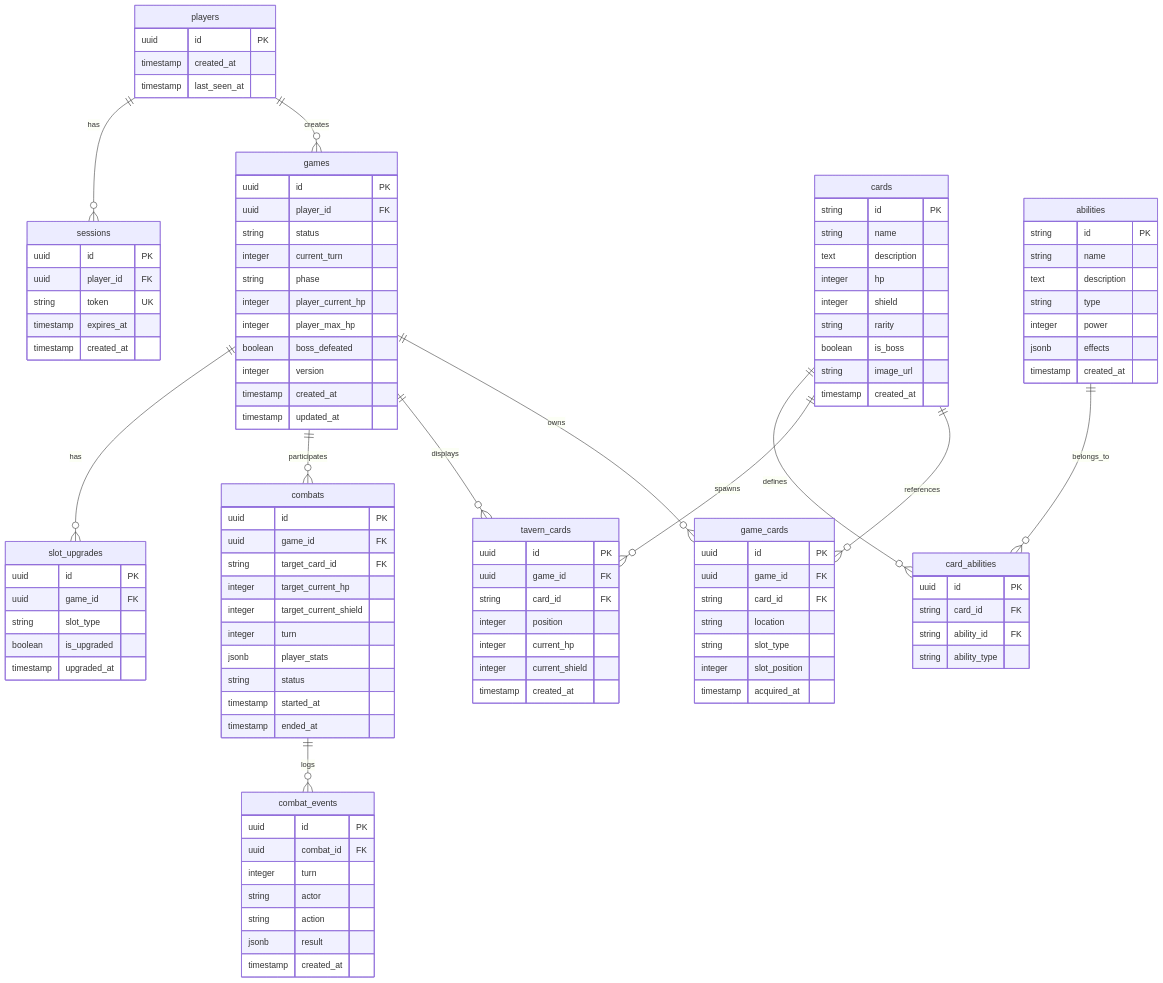
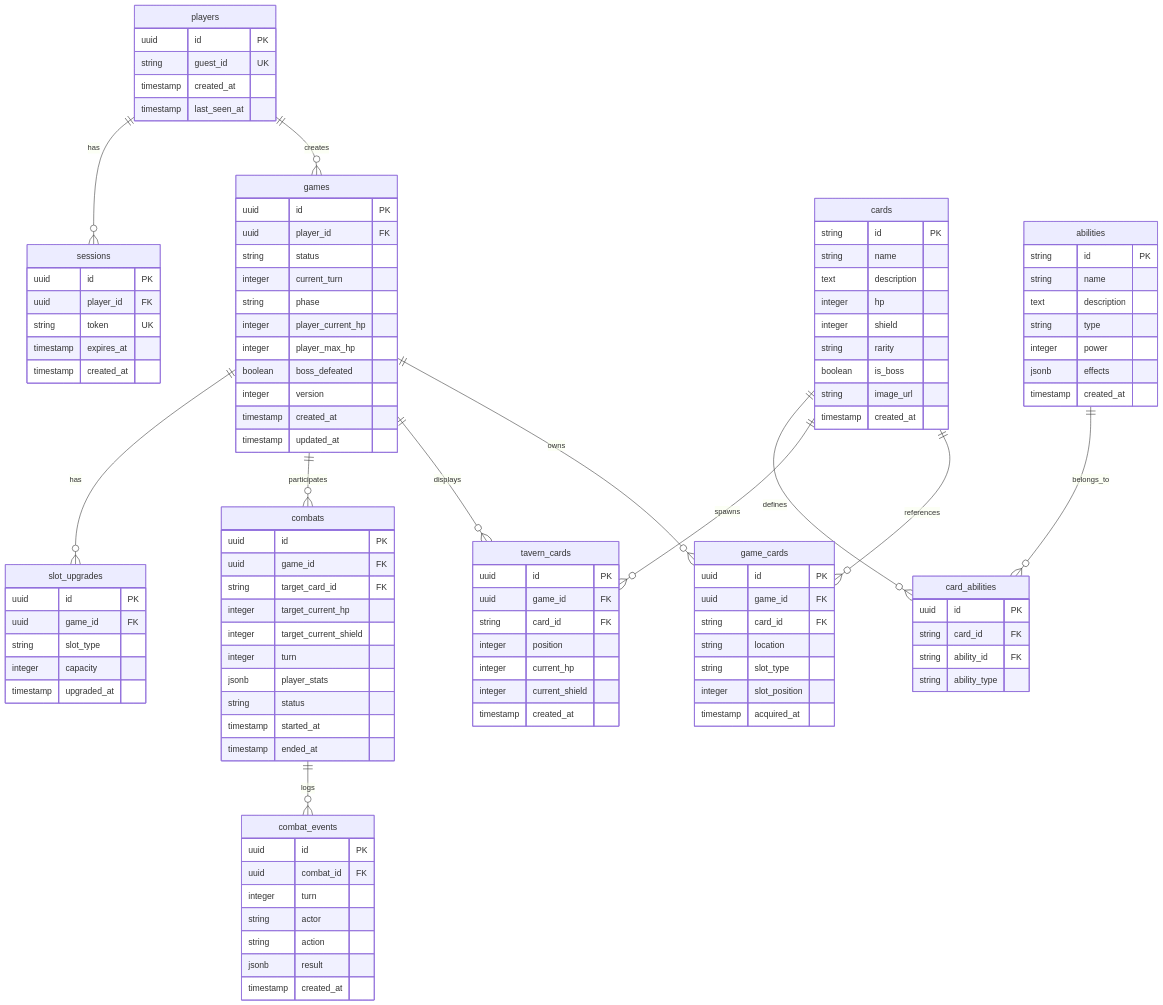
The diagram in docs/database-schema.md (wansolanso/tavern-card-game), drawn with Mermaid before and after one commit. The commit also changed other lines of this file and 3 other files, not shown here.

```diff
--- a/docs/database-schema.md
+++ b/docs/database-schema.md
@@ -18,6 +18,7 @@
 
     players {
         uuid id PK
+        string guest_id UK
         timestamp created_at
         timestamp last_seen_at
     }
@@ -97,7 +98,7 @@
         uuid id PK
         uuid game_id FK
         string slot_type
-        boolean is_upgraded
+        integer capacity
         timestamp upgraded_at
     }
 
```
